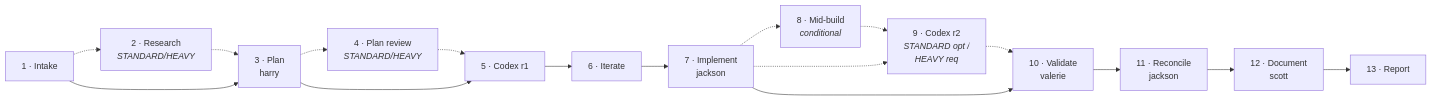
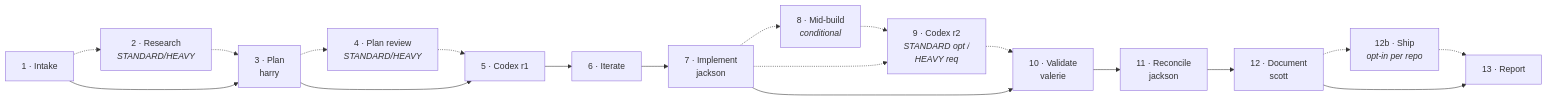
One commit to jstuart0/mozart-orchestration changed the diagram in README.md. Above: the diagram before and after it, drawn with Mermaid. The commit also changed other lines of this file and 14 other files, not shown here.

````diff
--- a/README.md
+++ b/README.md
@@ -41,19 +41,21 @@
 ```mermaid
 flowchart LR
     A[1 · Intake] -.-> B[2 · Research<br/><i>STANDARD/HEAVY</i>]
     B -.-> C[3 · Plan<br/>harry]
     A --> C
     C -.-> D[4 · Plan review<br/><i>STANDARD/HEAVY</i>]
     D -.-> E[5 · Codex r1]
     C --> E
     E --> F[6 · Iterate]
     F --> G[7 · Implement<br/>jackson]
     G -.-> H[8 · Mid-build<br/><i>conditional</i>]
     H -.-> I[9 · Codex r2<br/><i>STANDARD opt /<br/>HEAVY req</i>]
     G -.-> I
     I -.-> J[10 · Validate<br/>valerie]
     G --> J
     J --> K[11 · Reconcile<br/>jackson]
     K --> L[12 · Document<br/>scott]
-    L --> M[13 · Report]
+    L -.-> S[12b · Ship<br/><i>opt-in per repo</i>]
+    S -.-> M[13 · Report]
+    L --> M
 ```
````
